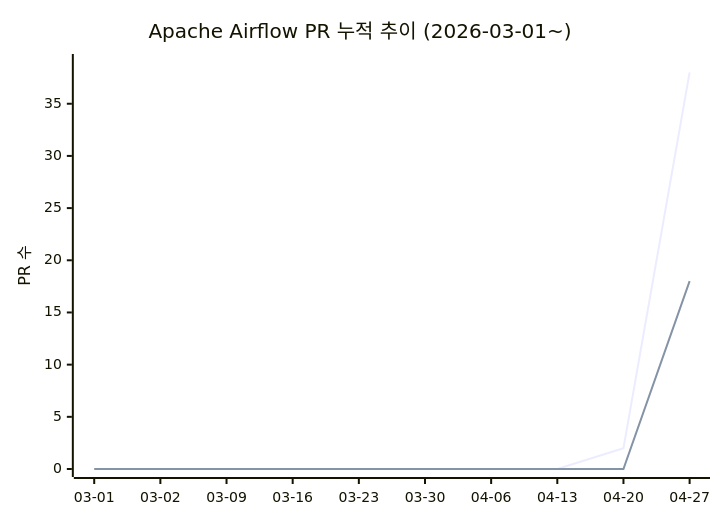
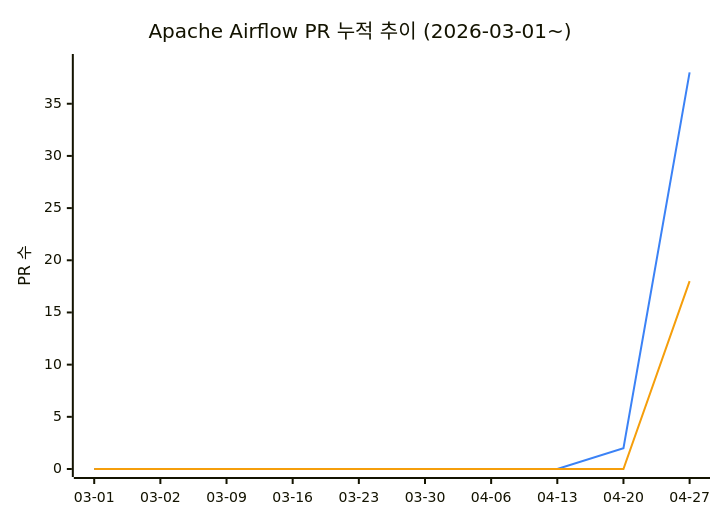
One commit to AirflowKorea/ossca changed the diagram in README.md. Above: the diagram before and after it, drawn with Mermaid. The commit also changed other lines of this file, not shown here.

````diff
--- a/README.md
+++ b/README.md
@@ -11,8 +11,9 @@
 ```mermaid
+%%{init: {"themeVariables": {"xyChart": {"plotColorPalette": "#3b82f6, #f59e0b"}}}}%%
 xychart-beta
     title "Apache Airflow PR 누적 추이 (2026-03-01~)"
     x-axis ["03-01", "03-02", "03-09", "03-16", "03-23", "03-30", "04-06", "04-13", "04-20", "04-27"]
     y-axis "PR 수" 0 --> 39
     line [0, 0, 0, 0, 0, 0, 0, 0, 2, 38]
     line [0, 0, 0, 0, 0, 0, 0, 0, 0, 18]
 ```
````
